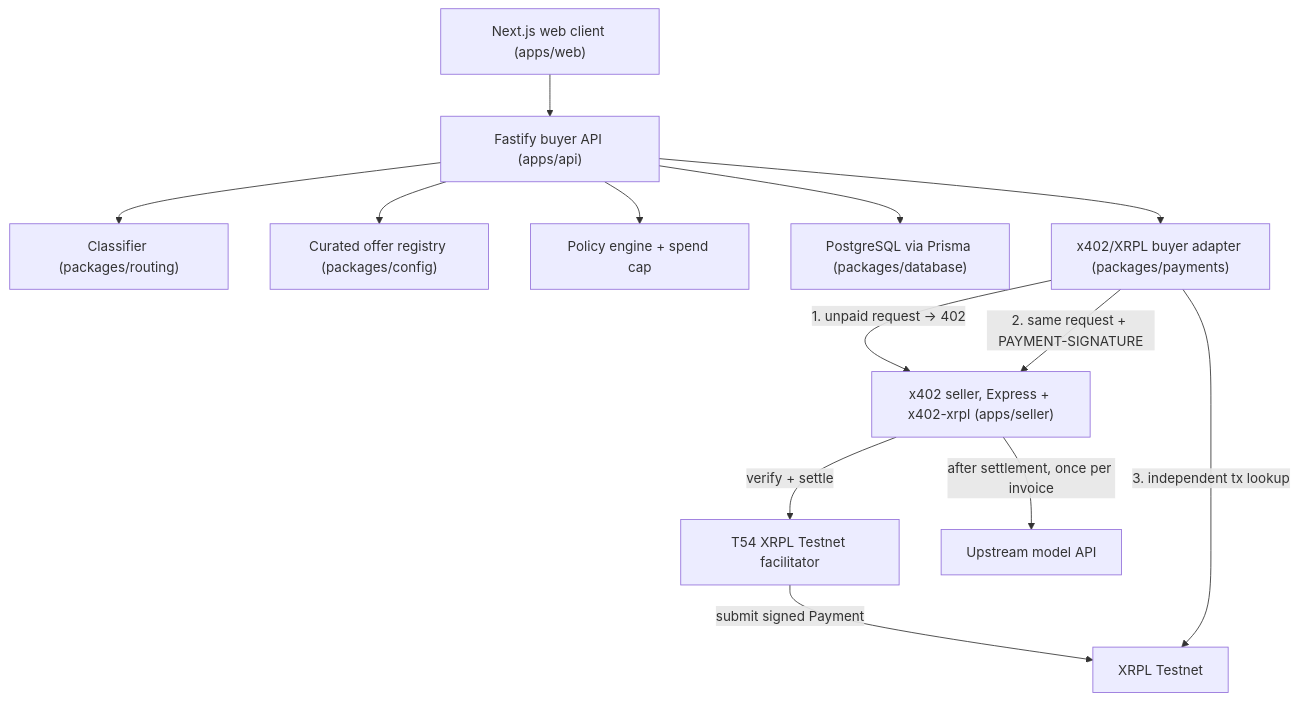
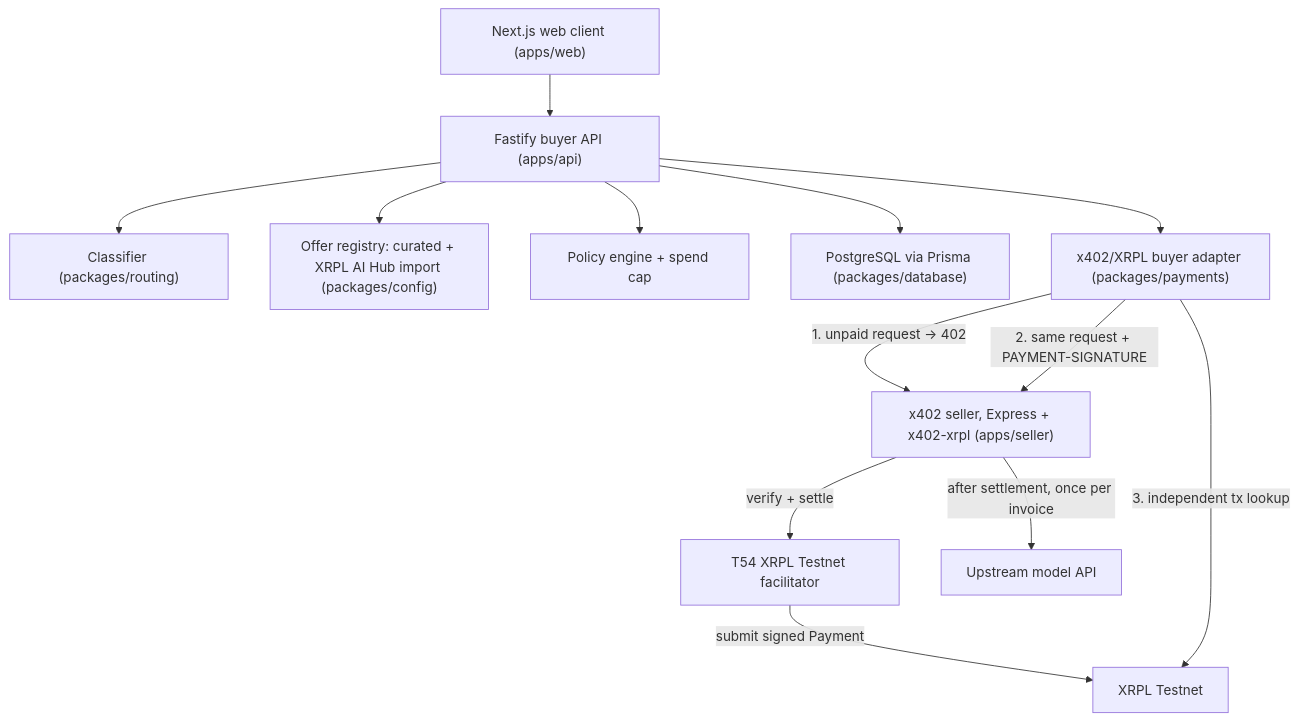
The diagram in README.md (Reallyeasy1/Kevin), drawn with Mermaid before and after one commit. The commit also changed other lines of this file and 2 other files, not shown here.

First line of the commit message:
Submission: checklist map, agent-value and Starter Kit sections, architecture diagram image

````diff
--- a/README.md
+++ b/README.md
@@ -45,15 +48,15 @@
 ```mermaid
 flowchart TD
     UI["Next.js web client (apps/web)"] --> API["Fastify buyer API (apps/api)"]
     API --> CLASS["Classifier (packages/routing)"]
-    API --> REG["Curated offer registry (packages/config)"]
+    API --> REG["Offer registry: curated + XRPL AI Hub import (packages/config)"]
     API --> POLICY["Policy engine + spend cap"]
     API --> DB["PostgreSQL via Prisma (packages/database)"]
     API --> PAY["x402/XRPL buyer adapter (packages/payments)"]
     PAY -- "1. unpaid request -> 402" --> SELLER["x402 seller, Express + x402-xrpl (apps/seller)"]
     PAY -- "2. same request + PAYMENT-SIGNATURE" --> SELLER
     SELLER -- "verify + settle" --> FAC["T54 XRPL Testnet facilitator"]
     FAC -- "submit signed Payment" --> XRPL["XRPL Testnet"]
     SELLER -- "after settlement, once per invoice" --> MODEL["Upstream model API"]
     PAY -- "3. independent tx lookup" --> XRPL
 ```
````
